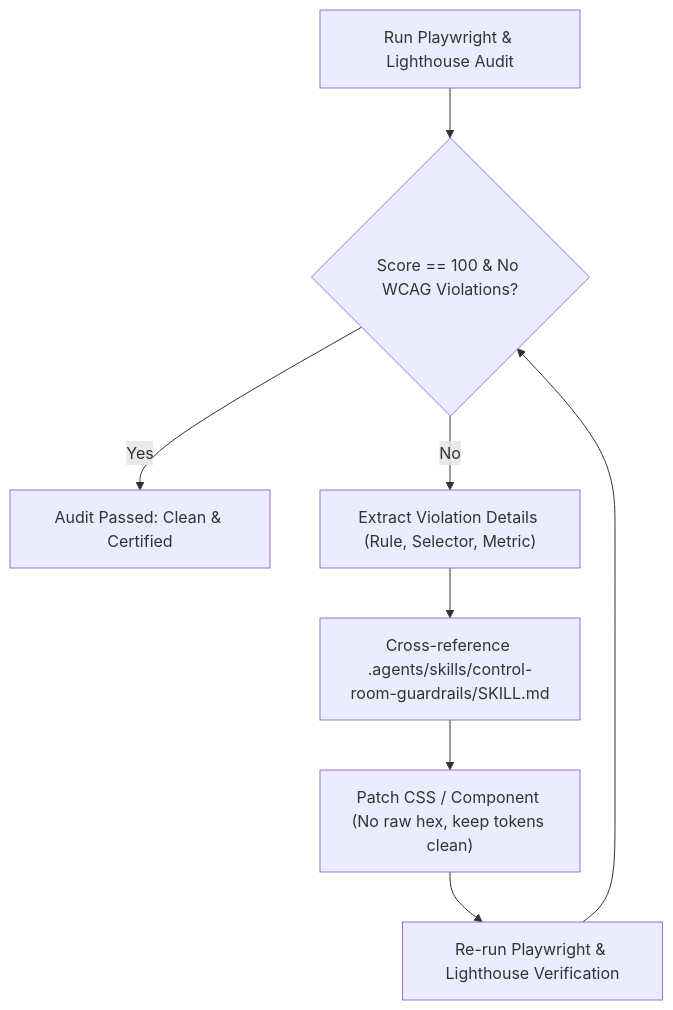
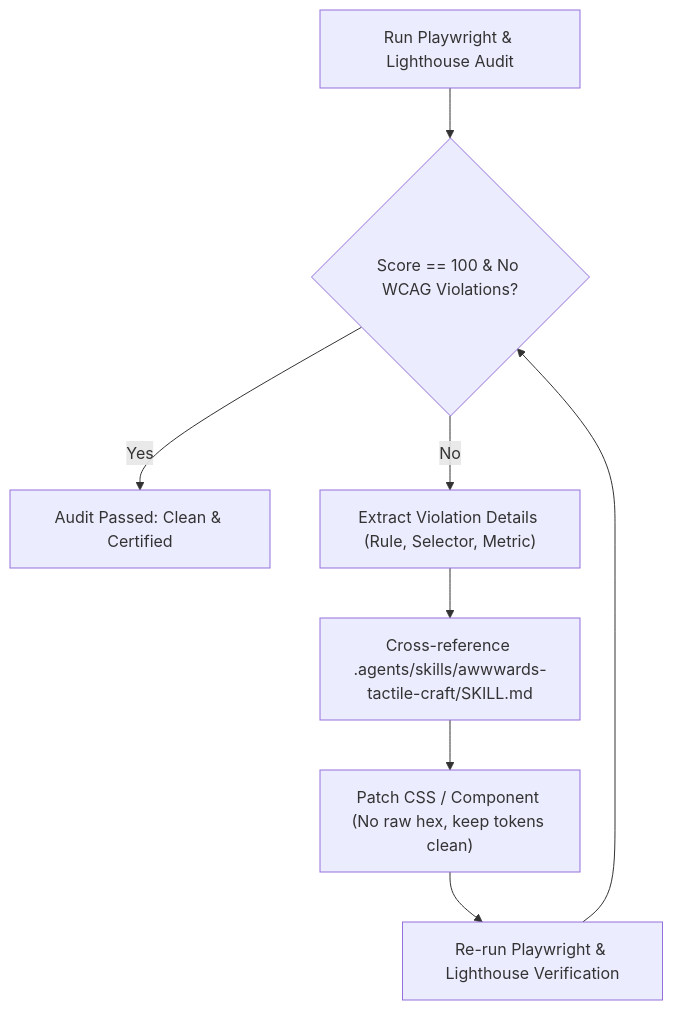
One commit to Suyash728/my-portfolio changed the diagram in .agents/skills/wcag-lighthouse-audit/SKILL.md. Above: the diagram before and after it, drawn with Mermaid. The commit also changed 41 other files, not shown here.

````diff
--- a/.agents/skills/wcag-lighthouse-audit/SKILL.md
+++ b/.agents/skills/wcag-lighthouse-audit/SKILL.md
@@ -126,10 +126,10 @@
 ```mermaid
 flowchart TD
     A["Run Playwright & Lighthouse Audit"] --> B{"Score == 100 & No WCAG Violations?"}
     B -- Yes --> C["Audit Passed: Clean & Certified"]
     B -- No --> D["Extract Violation Details (Rule, Selector, Metric)"]
-    D --> E["Cross-reference .agents/skills/control-room-guardrails/SKILL.md"]
+    D --> E["Cross-reference .agents/skills/awwwards-tactile-craft/SKILL.md"]
     E --> F["Patch CSS / Component (No raw hex, keep tokens clean)"]
     F --> G["Re-run Playwright & Lighthouse Verification"]
     G --> B
 ```
````
